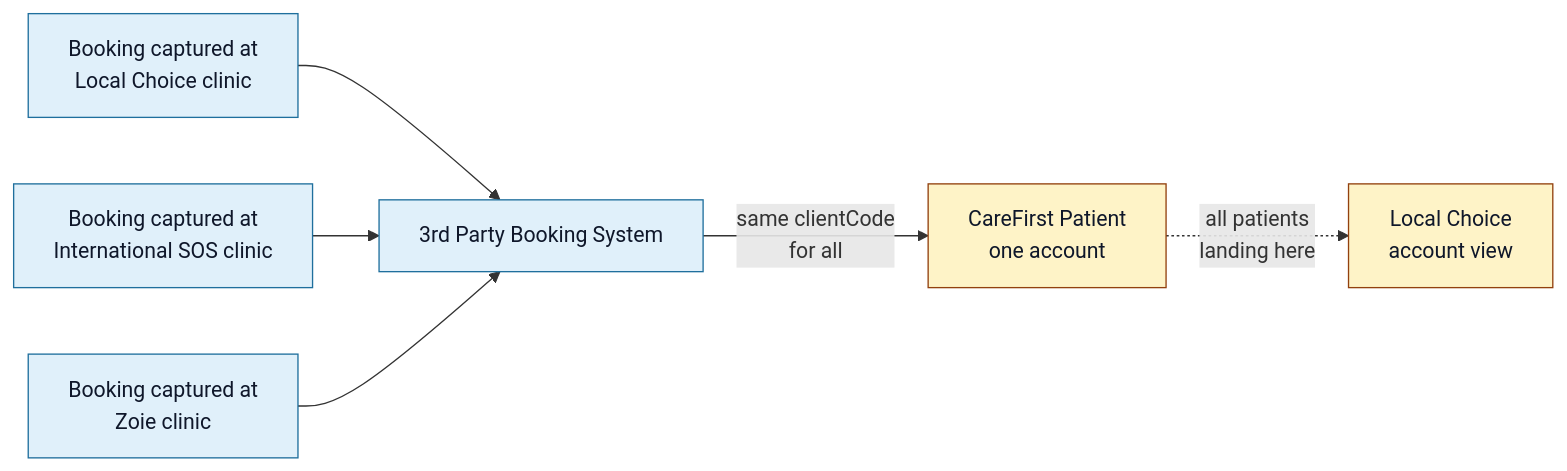
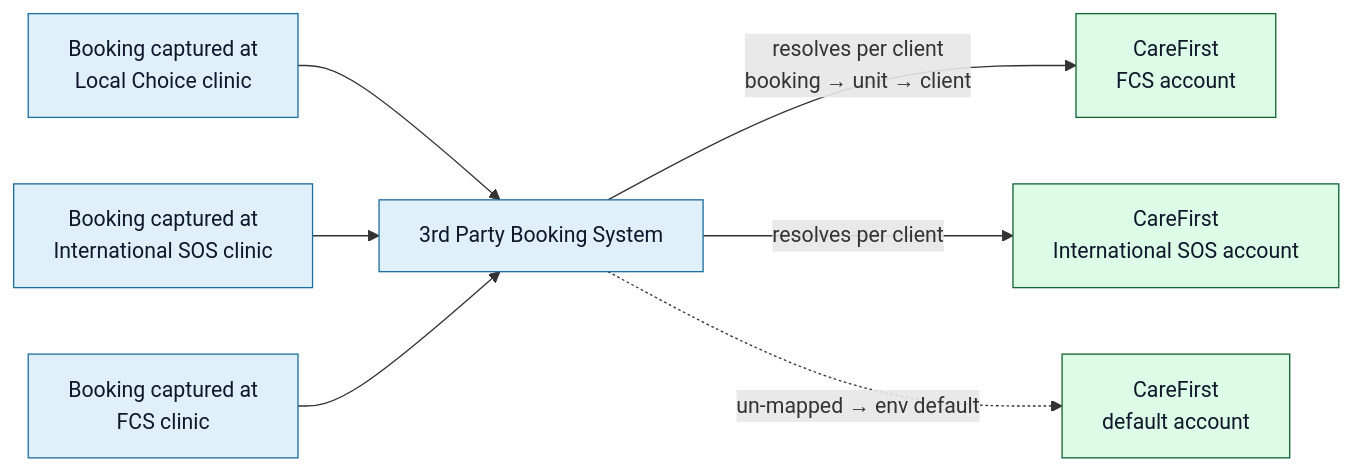
The first of 3 diagrams in booking-app/content/reports/multi-client-routing.mdx (LuckyDaWizard/3rd-Party-Booking-System), drawn with Mermaid before and after one commit. The commit also changed other lines of this file and 6 other files, not shown here.

````diff
--- a/booking-app/content/reports/multi-client-routing.mdx
+++ b/booking-app/content/reports/multi-client-routing.mdx
@@ -61,14 +60,14 @@
 ```mermaid
 flowchart LR
     LC[Booking captured at<br/>Local Choice clinic] --> US[3rd Party Booking System]
     ISOS[Booking captured at<br/>International SOS clinic] --> US
-    ZOIE[Booking captured at<br/>Zoie clinic] --> US
-    US -->|same clientCode<br/>for all| CF[CareFirst Patient<br/>one account]
-    CF -.->|all patients<br/>landing here| LCT[Local Choice<br/>account view]
+    FCS[Booking captured at<br/>FCS clinic] --> US
+    US -->|resolves per client<br/>booking → unit → client| CF1[CareFirst<br/>FCS account]
+    US -->|resolves per client| CF2[CareFirst<br/>International SOS account]
+    US -.->|un-mapped → env default| CF3[CareFirst<br/>default account]
 
-    classDef us    fill:#e0f0fa,stroke:#1f6f9d,color:#0f172a;
-    classDef warn  fill:#fef3c7,stroke:#92400e,color:#0f172a;
-    class LC,ISOS,ZOIE,US us;
-    class CF warn;
-    class LCT warn;
+    classDef us  fill:#e0f0fa,stroke:#1f6f9d,color:#0f172a;
+    classDef ok  fill:#dcfce7,stroke:#166534,color:#0f172a;
+    class LC,ISOS,FCS,US us;
+    class CF1,CF2,CF3 ok;
 ```
````
